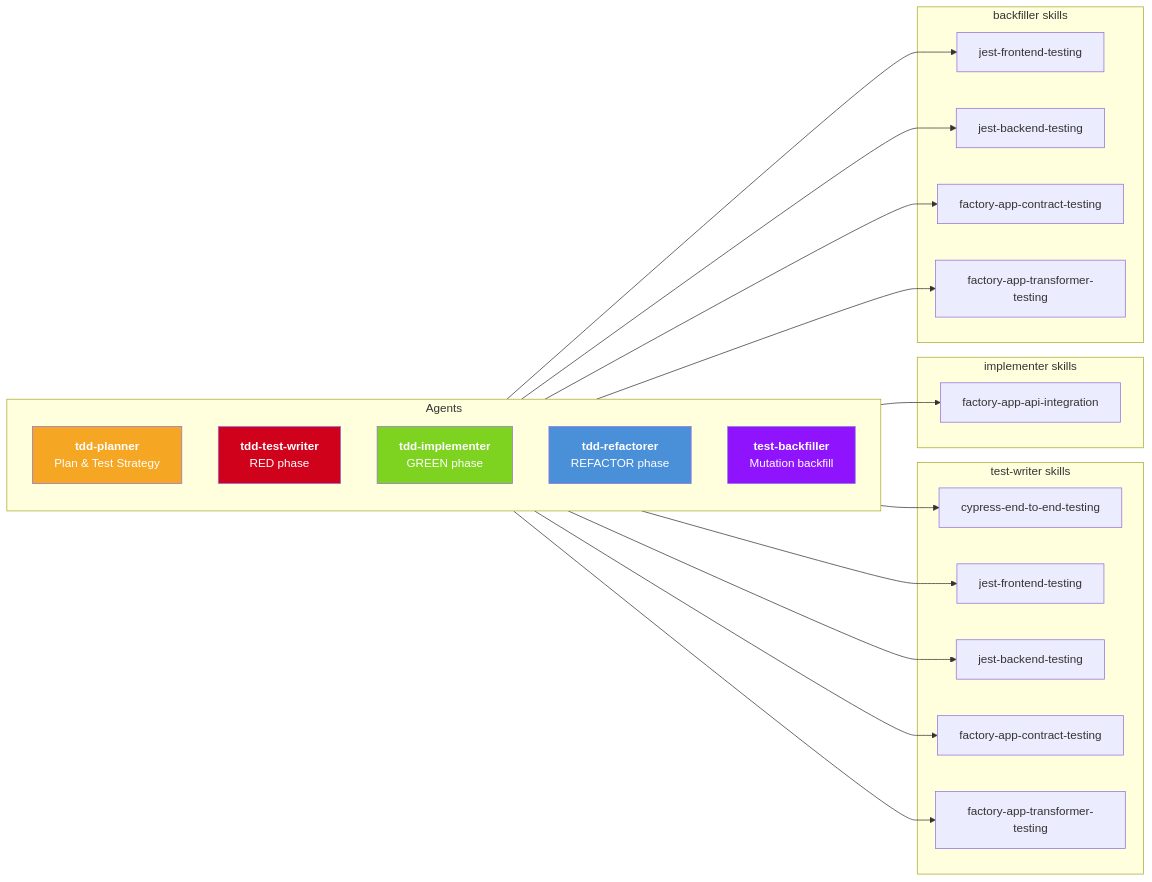
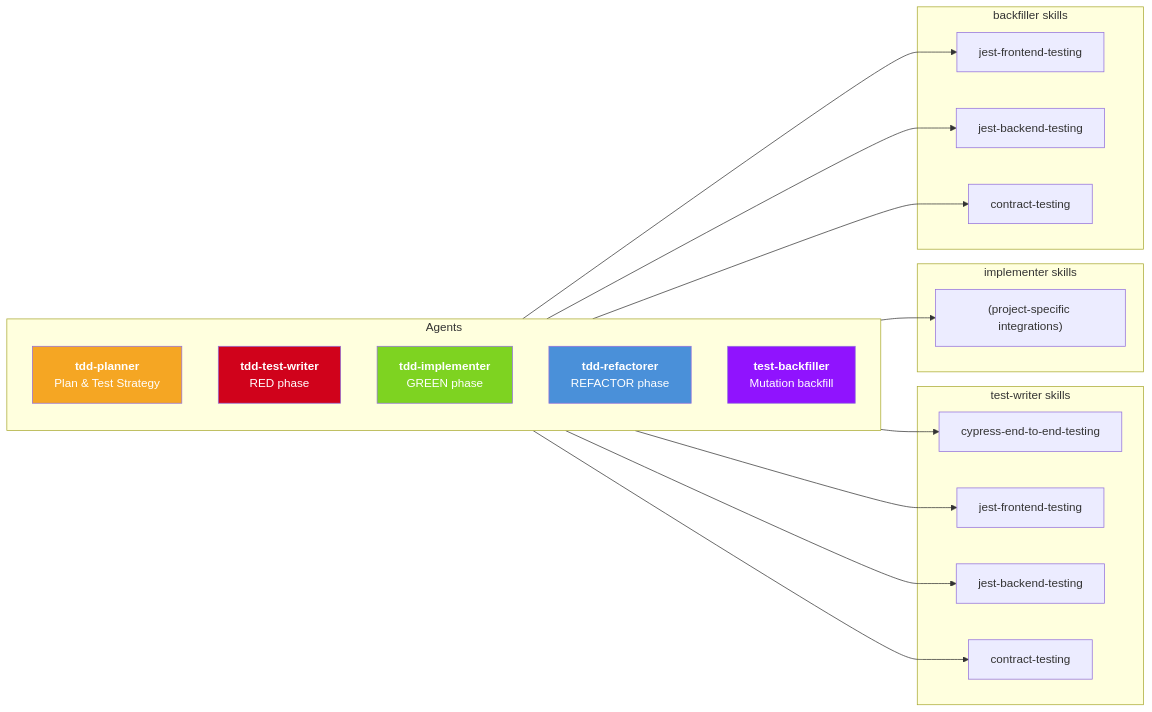
One commit to JoeGaebel/website changed the diagram in src/content/articles/agentic-gold-standard-development.md. Above: the diagram before and after it, drawn with Mermaid. The commit also changed other lines of this file and 16 other files, not shown here.

````diff
--- a/src/content/articles/agentic-gold-standard-development.md
+++ b/src/content/articles/agentic-gold-standard-development.md
@@ -89,49 +200,45 @@
 ```mermaid
    flowchart LR
       subgraph Agents
           direction TB
           Planner["<b>tdd-planner</b>\nPlan & Test Strategy"]
           TestWriter["<b>tdd-test-writer</b>\nRED phase"]
           Implementer["<b>tdd-implementer</b>\nGREEN phase"]
           Refactorer["<b>tdd-refactorer</b>\nREFACTOR phase"]
           Backfiller["<b>test-backfiller</b>\nMutation backfill"]
       end
 
       subgraph "test-writer skills"
           TW1["cypress-end-to-end-testing"]
           TW2["jest-frontend-testing"]
           TW3["jest-backend-testing"]
-          TW4["factory-app-contract-testing"]
-          TW5["factory-app-transformer-testing"]
+          TW4["contract-testing"]
       end
 
       subgraph "implementer skills"
-          I1["factory-app-api-integration"]
+          I1["(project-specific integrations)"]
       end
 
       subgraph "backfiller skills"
           BF1["jest-frontend-testing"]
           BF2["jest-backend-testing"]
-          BF3["factory-app-contract-testing"]
-          BF4["factory-app-transformer-testing"]
+          BF3["contract-testing"]
       end
 
       TestWriter --> TW1
       TestWriter --> TW2
       TestWriter --> TW3
       TestWriter --> TW4
-      TestWriter --> TW5
 
       Implementer --> I1
 
       Backfiller --> BF1
       Backfiller --> BF2
       Backfiller --> BF3
-      Backfiller --> BF4
 
       style Planner fill:#f5a623,color:#fff
       style TestWriter fill:#d0021b,color:#fff
       style Implementer fill:#7ed321,color:#fff
       style Refactorer fill:#4a90d9,color:#fff
       style Backfiller fill:#9013fe,color:#fff
 ```
````
